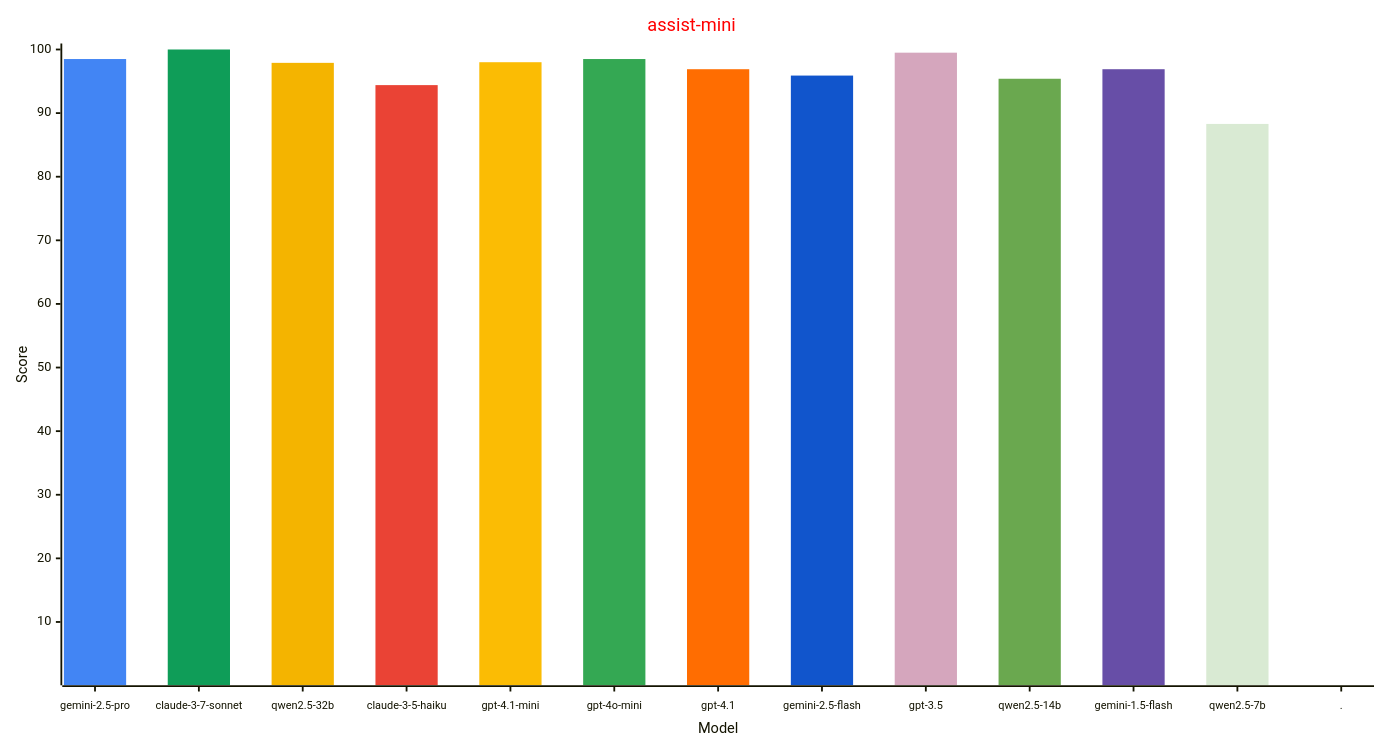
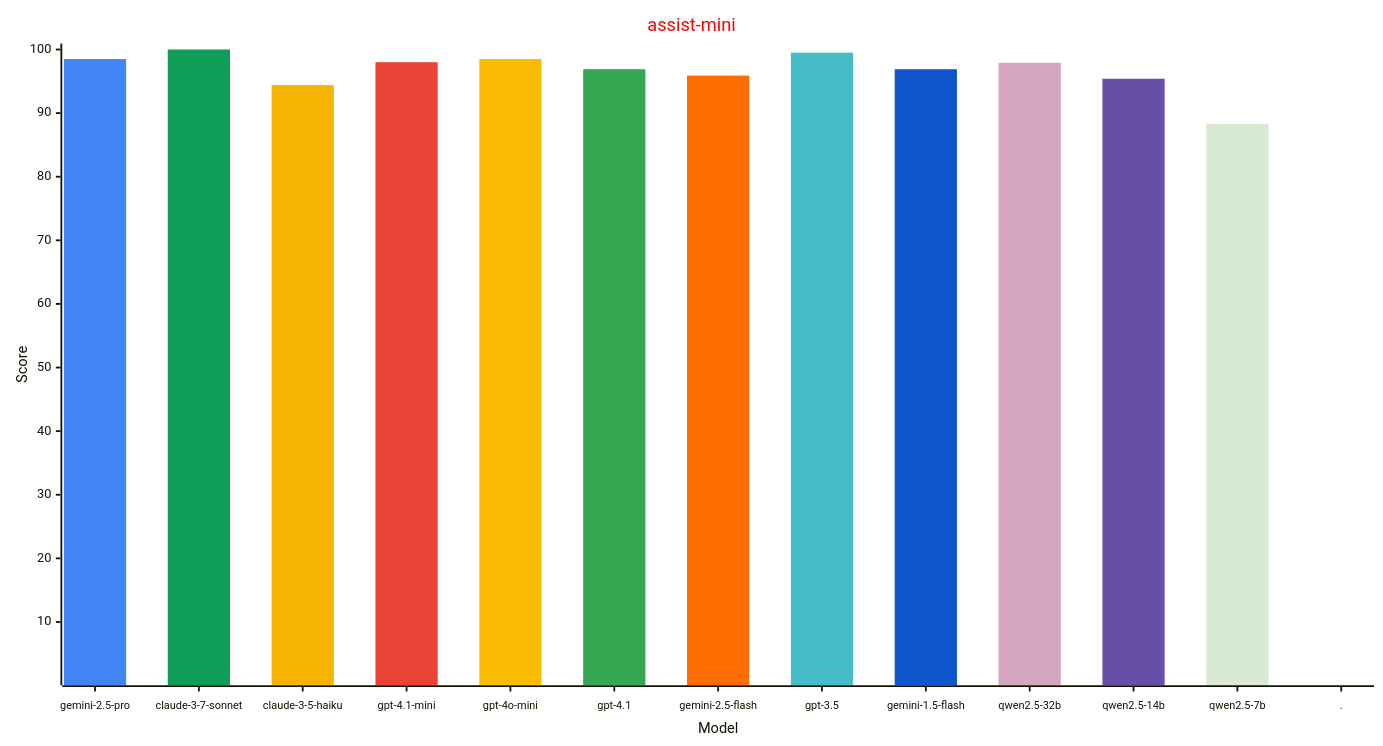
The second of 4 diagrams in reports/README.md (allenporter/home-assistant-datasets), drawn with Mermaid before and after one commit. The commit also changed other lines of this file and 1814 other files, not shown here.

````diff
--- a/reports/README.md
+++ b/reports/README.md
@@ -105,33 +105,33 @@
 ```mermaid
 ---
 config:
     xyChart:
         width: 1500
         height: 800
         xAxis:
           labelFontSize: 12
           labelPadding: 8
     themeVariables:
         xyChart:
             titleColor: "#ff0000"
-            plotColorPalette: "#4285f4, #0f9d58, #f4b400, #ea4335, #fbbc04, #34a853, #ff6d01, #1155cc, #d5a6bd, #6aa84f, #674ea7, #d9ead3, #4285f4"
+            plotColorPalette: "#4285f4, #0f9d58, #f4b400, #ea4335, #fbbc04, #34a853, #ff6d01, #46bdc6, #1155cc, #d5a6bd, #674ea7, #d9ead3, #4285f4"
 
 ---
 xychart-beta
   title "assist-mini"
-  x-axis "Model" [gemini-2.5-pro, claude-3-7-sonnet, qwen2.5-32b, claude-3-5-haiku, gpt-4.1-mini, gpt-4o-mini, gpt-4.1, gemini-2.5-flash, gpt-3.5, qwen2.5-14b, gemini-1.5-flash, qwen2.5-7b, .]
+  x-axis "Model" [gemini-2.5-pro, claude-3-7-sonnet, claude-3-5-haiku, gpt-4.1-mini, gpt-4o-mini, gpt-4.1, gemini-2.5-flash, gpt-3.5, gemini-1.5-flash, qwen2.5-32b, qwen2.5-14b, qwen2.5-7b, .]
   y-axis "Score" 1 --> 100
   bar [98.5, 0.0, 0.0, 0.0, 0.0, 0.0, 0.0, 0.0, 0.0, 0.0, 0.0, 0.0, 0.0]
   bar [0.0, 100.0, 0.0, 0.0, 0.0, 0.0, 0.0, 0.0, 0.0, 0.0, 0.0, 0.0, 0.0]
-  bar [0.0, 0.0, 97.9, 0.0, 0.0, 0.0, 0.0, 0.0, 0.0, 0.0, 0.0, 0.0, 0.0]
-  bar [0.0, 0.0, 0.0, 94.4, 0.0, 0.0, 0.0, 0.0, 0.0, 0.0, 0.0, 0.0, 0.0]
-  bar [0.0, 0.0, 0.0, 0.0, 98.0, 0.0, 0.0, 0.0, 0.0, 0.0, 0.0, 0.0, 0.0]
-  bar [0.0, 0.0, 0.0, 0.0, 0.0, 98.5, 0.0, 0.0, 0.0, 0.0, 0.0, 0.0, 0.0]
-  bar [0.0, 0.0, 0.0, 0.0, 0.0, 0.0, 96.9, 0.0, 0.0, 0.0, 0.0, 0.0, 0.0]
-  bar [0.0, 0.0, 0.0, 0.0, 0.0, 0.0, 0.0, 95.9, 0.0, 0.0, 0.0, 0.0, 0.0]
-  bar [0.0, 0.0, 0.0, 0.0, 0.0, 0.0, 0.0, 0.0, 99.5, 0.0, 0.0, 0.0, 0.0]
-  bar [0.0, 0.0, 0.0, 0.0, 0.0, 0.0, 0.0, 0.0, 0.0, 95.4, 0.0, 0.0, 0.0]
-  bar [0.0, 0.0, 0.0, 0.0, 0.0, 0.0, 0.0, 0.0, 0.0, 0.0, 96.9, 0.0, 0.0]
+  bar [0.0, 0.0, 94.4, 0.0, 0.0, 0.0, 0.0, 0.0, 0.0, 0.0, 0.0, 0.0, 0.0]
+  bar [0.0, 0.0, 0.0, 98.0, 0.0, 0.0, 0.0, 0.0, 0.0, 0.0, 0.0, 0.0, 0.0]
+  bar [0.0, 0.0, 0.0, 0.0, 98.5, 0.0, 0.0, 0.0, 0.0, 0.0, 0.0, 0.0, 0.0]
+  bar [0.0, 0.0, 0.0, 0.0, 0.0, 96.9, 0.0, 0.0, 0.0, 0.0, 0.0, 0.0, 0.0]
+  bar [0.0, 0.0, 0.0, 0.0, 0.0, 0.0, 95.9, 0.0, 0.0, 0.0, 0.0, 0.0, 0.0]
+  bar [0.0, 0.0, 0.0, 0.0, 0.0, 0.0, 0.0, 99.5, 0.0, 0.0, 0.0, 0.0, 0.0]
+  bar [0.0, 0.0, 0.0, 0.0, 0.0, 0.0, 0.0, 0.0, 96.9, 0.0, 0.0, 0.0, 0.0]
+  bar [0.0, 0.0, 0.0, 0.0, 0.0, 0.0, 0.0, 0.0, 0.0, 97.9, 0.0, 0.0, 0.0]
+  bar [0.0, 0.0, 0.0, 0.0, 0.0, 0.0, 0.0, 0.0, 0.0, 0.0, 95.4, 0.0, 0.0]
   bar [0.0, 0.0, 0.0, 0.0, 0.0, 0.0, 0.0, 0.0, 0.0, 0.0, 0.0, 88.3, 0.0]
   bar [0.0, 0.0, 0.0, 0.0, 0.0, 0.0, 0.0, 0.0, 0.0, 0.0, 0.0, 0.0, -1.0]
 ```
````
